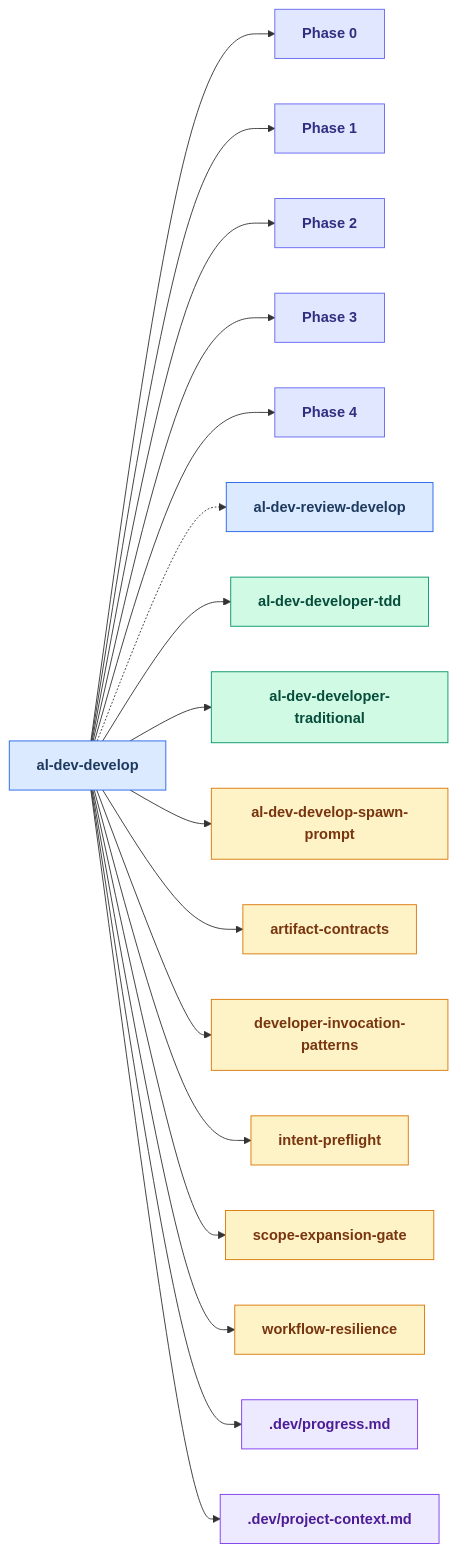
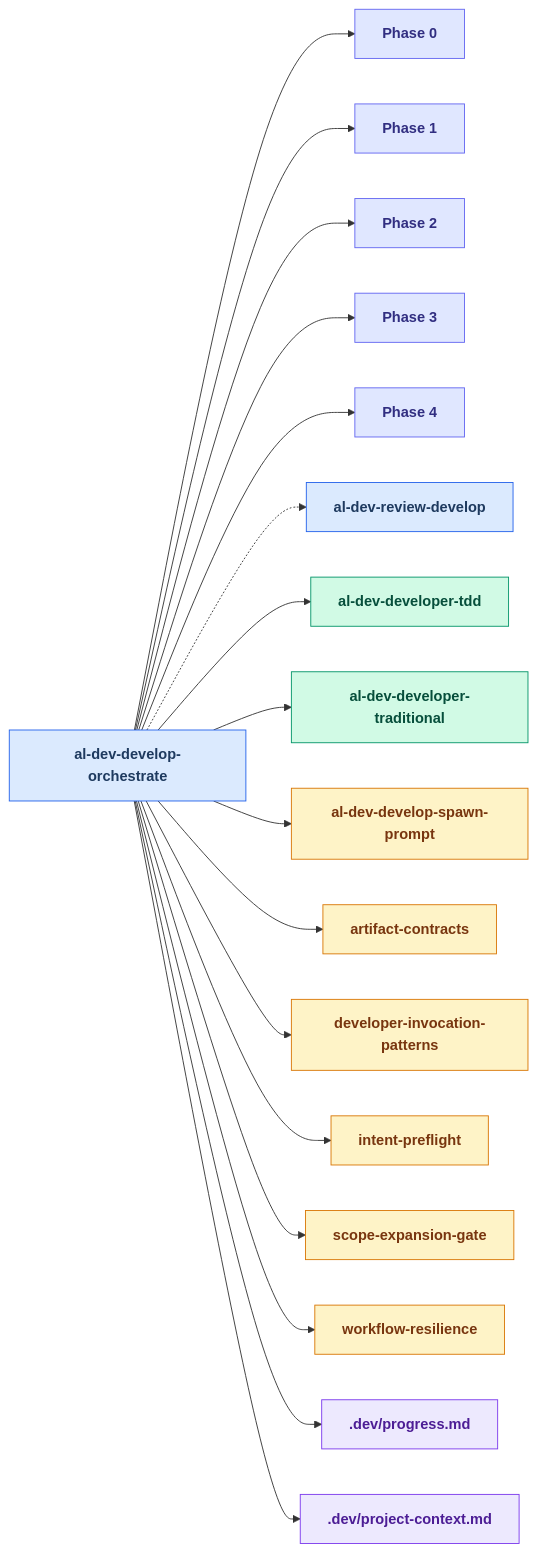
The tenth of 25 diagrams in docs/al-dev-skills-map.md (russell-laing/al-dev-shared), drawn with Mermaid before and after one commit. The commit also changed other lines of this file and 53 other files, not shown here.

Commit message:
refactor(skill): rename al-dev-develop to al-dev-develop-orchestrate, keep artifact prefix stable (#875)

````diff
--- a/docs/al-dev-skills-map.md
+++ b/docs/al-dev-skills-map.md
@@ -479,61 +473,61 @@
 ```mermaid
 flowchart LR
     classDef skillNode fill:#dbeafe,stroke:#2563eb,color:#1e3a5f,font-weight:bold
     classDef agentNode fill:#d1fae5,stroke:#059669,color:#064e3b,font-weight:bold
     classDef knowledgeNode fill:#fef3c7,stroke:#d97706,color:#78350f,font-weight:bold
     classDef artifactNode fill:#ede9fe,stroke:#7c3aed,color:#4c1d95,font-weight:bold
     classDef phaseNode fill:#e0e7ff,stroke:#6366f1,color:#312e81,font-weight:bold
 
-    skill_al_dev_develop[al-dev-develop]
+    skill_al_dev_develop_orchestrate[al-dev-develop-orchestrate]
     Phase0["Phase 0"]
     Phase1["Phase 1"]
     Phase2["Phase 2"]
     Phase3["Phase 3"]
     Phase4["Phase 4"]
     skill_al_dev_review_develop[al-dev-review-develop]
     agent_al_dev_developer_tdd[al-dev-developer-tdd]
     agent_al_dev_developer_traditional[al-dev-developer-traditional]
     knowledge_al_dev_develop_spawn_prompt_md[al-dev-develop-spawn-prompt]
     knowledge_artifact_contracts_md[artifact-contracts]
     knowledge_developer_invocation_patterns_md[developer-invocation-patterns]
     knowledge_intent_preflight_md[intent-preflight]
     knowledge_scope_expansion_gate_md[scope-expansion-gate]
     knowledge_workflow_resilience_md[workflow-resilience]
     artifact_progress_md[.dev/progress.md]
     artifact_project_context_md[.dev/project-context.md]
 
-    skill_al_dev_develop --> Phase0
-    skill_al_dev_develop --> Phase1
-    skill_al_dev_develop --> Phase2
-    skill_al_dev_develop --> Phase3
-    skill_al_dev_develop --> Phase4
-    skill_al_dev_develop -.-> skill_al_dev_review_develop
-    skill_al_dev_develop --> agent_al_dev_developer_tdd
-    skill_al_dev_develop --> agent_al_dev_developer_traditional
-    skill_al_dev_develop --> knowledge_al_dev_develop_spawn_prompt_md
-    skill_al_dev_develop --> knowledge_artifact_contracts_md
-    skill_al_dev_develop --> knowledge_developer_invocation_patterns_md
-    skill_al_dev_develop --> knowledge_intent_preflight_md
-    skill_al_dev_develop --> knowledge_scope_expansion_gate_md
-    skill_al_dev_develop --> knowledge_workflow_resilience_md
-    skill_al_dev_develop --> artifact_progress_md
-    skill_al_dev_develop --> artifact_project_context_md
+    skill_al_dev_develop_orchestrate --> Phase0
+    skill_al_dev_develop_orchestrate --> Phase1
+    skill_al_dev_develop_orchestrate --> Phase2
+    skill_al_dev_develop_orchestrate --> Phase3
+    skill_al_dev_develop_orchestrate --> Phase4
+    skill_al_dev_develop_orchestrate -.-> skill_al_dev_review_develop
+    skill_al_dev_develop_orchestrate --> agent_al_dev_developer_tdd
+    skill_al_dev_develop_orchestrate --> agent_al_dev_developer_traditional
+    skill_al_dev_develop_orchestrate --> knowledge_al_dev_develop_spawn_prompt_md
+    skill_al_dev_develop_orchestrate --> knowledge_artifact_contracts_md
+    skill_al_dev_develop_orchestrate --> knowledge_developer_invocation_patterns_md
+    skill_al_dev_develop_orchestrate --> knowledge_intent_preflight_md
+    skill_al_dev_develop_orchestrate --> knowledge_scope_expansion_gate_md
+    skill_al_dev_develop_orchestrate --> knowledge_workflow_resilience_md
+    skill_al_dev_develop_orchestrate --> artifact_progress_md
+    skill_al_dev_develop_orchestrate --> artifact_project_context_md
 
-    class skill_al_dev_develop skillNode
+    class skill_al_dev_develop_orchestrate skillNode
     class Phase0 phaseNode
     class Phase1 phaseNode
     class Phase2 phaseNode
     class Phase3 phaseNode
     class Phase4 phaseNode
     class skill_al_dev_review_develop skillNode
     class agent_al_dev_developer_tdd agentNode
     class agent_al_dev_developer_traditional agentNode
     class knowledge_al_dev_develop_spawn_prompt_md knowledgeNode
     class knowledge_artifact_contracts_md knowledgeNode
     class knowledge_developer_invocation_patterns_md knowledgeNode
     class knowledge_intent_preflight_md knowledgeNode
     class knowledge_scope_expansion_gate_md knowledgeNode
     class knowledge_workflow_resilience_md knowledgeNode
     class artifact_progress_md artifactNode
     class artifact_project_context_md artifactNode
 ```
````
